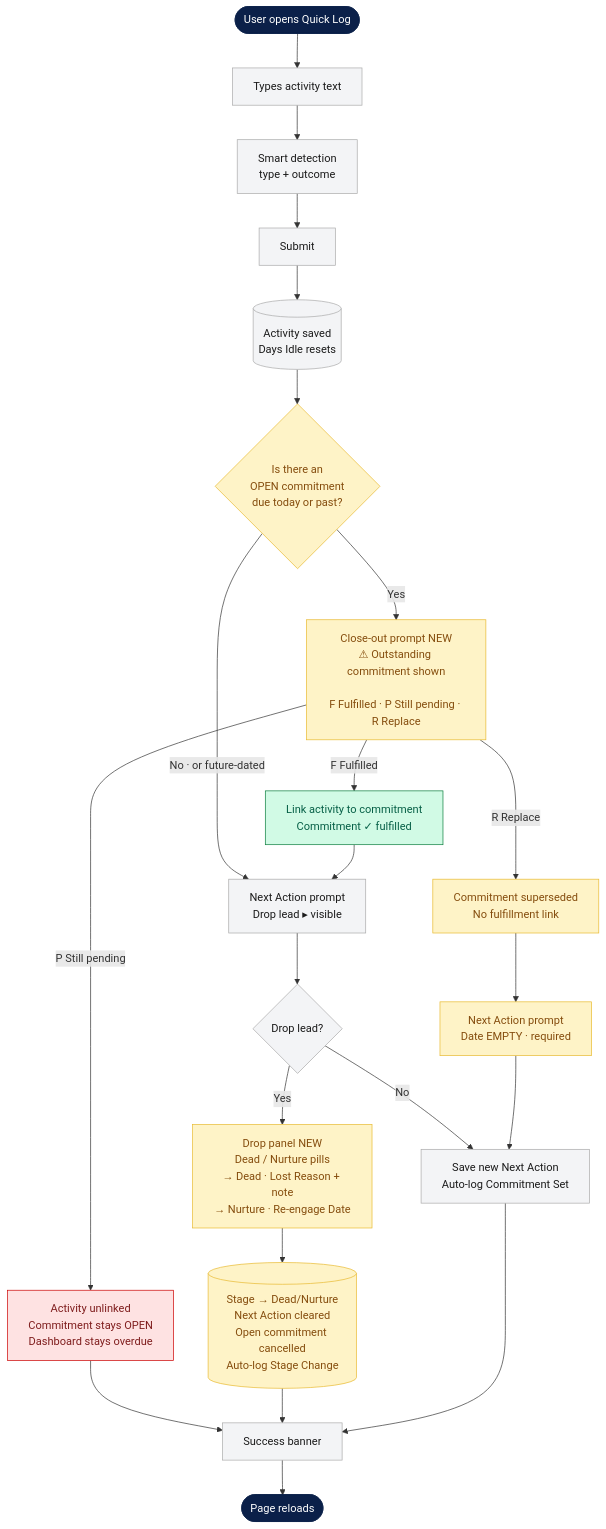
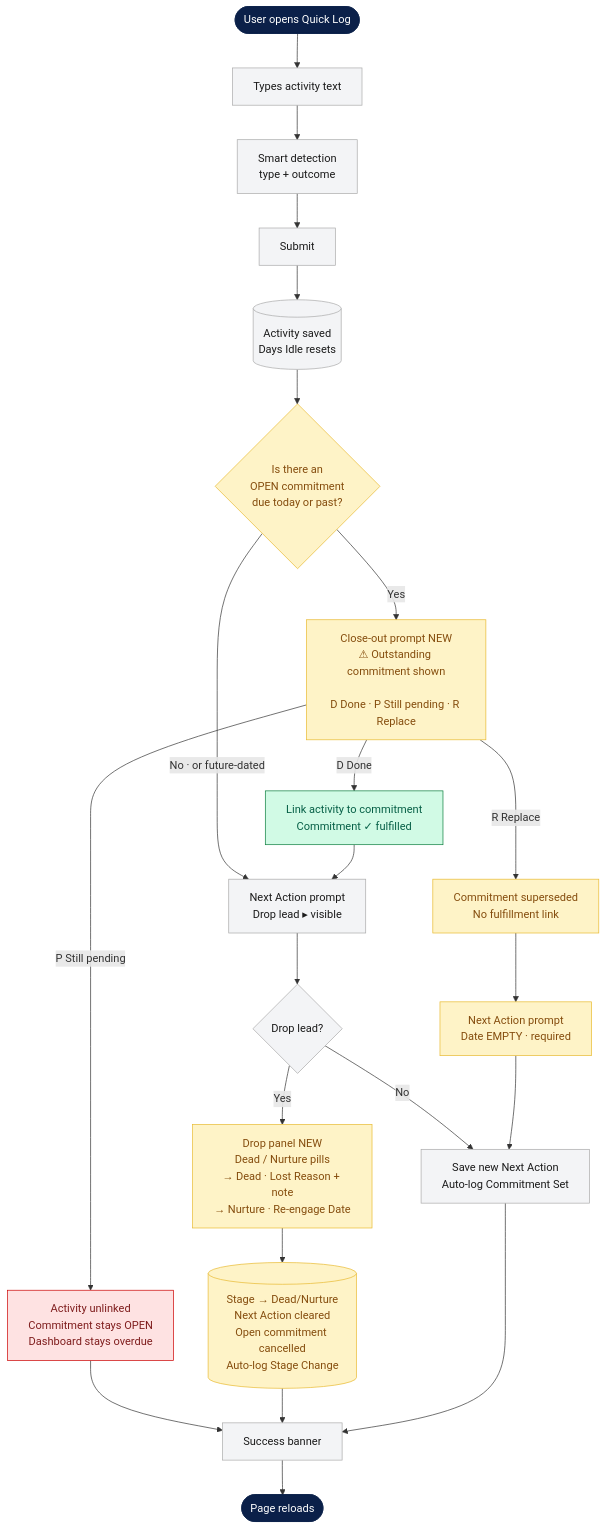
One commit to ownez-capital/ownez-Investor-crm changed the second of 2 diagrams in docs/zoho-commitments-integration.md. Above: the diagram before and after it, drawn with Mermaid. The commit also changed other lines of this file, not shown here.

````diff
--- a/docs/zoho-commitments-integration.md
+++ b/docs/zoho-commitments-integration.md
@@ -49,47 +49,47 @@
 ```mermaid
 flowchart TD
   A([User opens Quick Log]) --> B[Types activity text]
   B --> C[Smart detection<br/>type + outcome]
   C --> E[Submit]
   E --> G[(Activity saved<br/>Days Idle resets)]
   G --> H{Is there an<br/>OPEN commitment<br/>due today or past?}
 
   H -->|No · or future-dated| NA
   H -->|Yes| CO
 
-  CO["Close-out prompt NEW<br/>⚠ Outstanding commitment shown<br/><br/>F Fulfilled · P Still pending · R Replace"]
+  CO["Close-out prompt NEW<br/>⚠ Outstanding commitment shown<br/><br/>D Done · P Still pending · R Replace"]
 
-  CO -->|F Fulfilled| FUL[Link activity to commitment<br/>Commitment ✓ fulfilled]
+  CO -->|D Done| FUL[Link activity to commitment<br/>Commitment ✓ fulfilled]
   CO -->|P Still pending| PEN[Activity unlinked<br/>Commitment stays OPEN<br/>Dashboard stays overdue]
   CO -->|R Replace| REP[Commitment superseded<br/>No fulfillment link]
 
   FUL --> NA
   REP --> NAE[Next Action prompt<br/>Date EMPTY · required]
   PEN --> OK
 
   NA[Next Action prompt<br/>Drop lead ▸ visible]
   NA --> DQ{Drop lead?}
   DQ -->|No| SN[Save new Next Action<br/>Auto-log Commitment Set]
   DQ -->|Yes| DP
 
   NAE --> SN
 
   DP["Drop panel NEW<br/>Dead / Nurture pills<br/>→ Dead · Lost Reason + note<br/>→ Nurture · Re-engage Date"]
   DP --> DC[(Stage → Dead/Nurture<br/>Next Action cleared<br/>Open commitment cancelled<br/>Auto-log Stage Change)]
   DC --> OK
 
   SN --> OK[Success banner]
   OK --> DONE([Page reloads])
 
   classDef neutral fill:#f3f4f6,stroke:#aaa,color:#1b1b1b
   classDef new fill:#fef3c7,stroke:#e8ba30,color:#854d0e
   classDef good fill:#d1fae5,stroke:#0a7d3c,color:#065f46
   classDef honest fill:#fee2e2,stroke:#c00,color:#7f1d1d
   classDef terminal fill:#0b2049,stroke:#0b2049,color:#fff
 
   class A,DONE terminal
   class B,C,E,G,NA,DQ,SN,OK neutral
   class H,CO,NAE,DP,DC,REP new
   class FUL good
   class PEN honest
 ```
````
